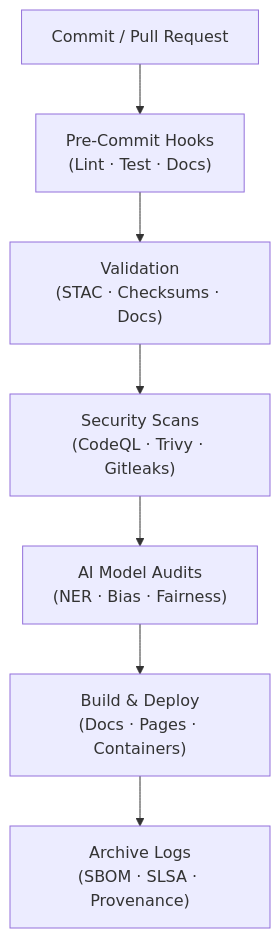
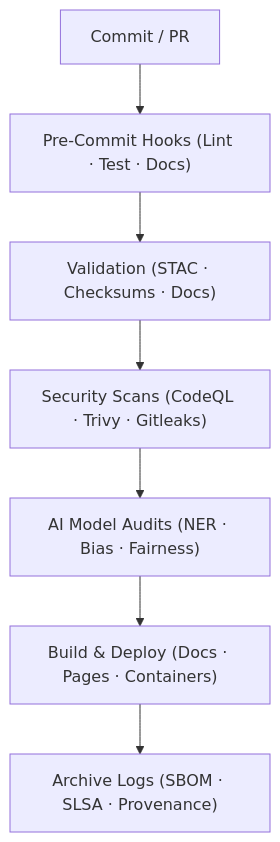
One commit to bartytime4life/Kansas-Frontier-Matrix changed the first of 3 diagrams in .github/README.md. Above: the diagram before and after it, drawn with Mermaid. The commit also changed other lines of this file, not shown here.

````diff
--- a/.github/README.md
+++ b/.github/README.md
@@ -85,9 +118,9 @@
 ```mermaid
 flowchart TD
-  A["Commit / Pull Request"] --> B["Pre-Commit Hooks<br/>(Lint · Test · Docs)"]
-  B --> C["Validation<br/>(STAC · Checksums · Docs)"]
-  C --> D["Security Scans<br/>(CodeQL · Trivy · Gitleaks)"]
-  D --> E["AI Model Audits<br/>(NER · Bias · Fairness)"]
-  E --> F["Build & Deploy<br/>(Docs · Pages · Containers)"]
-  F --> G["Archive Logs<br/>(SBOM · SLSA · Provenance)"]
+  A["Commit / PR"] --> B["Pre-Commit Hooks (Lint · Test · Docs)"]
+  B --> C["Validation (STAC · Checksums · Docs)"]
+  C --> D["Security Scans (CodeQL · Trivy · Gitleaks)"]
+  D --> E["AI Model Audits (NER · Bias · Fairness)"]
+  E --> F["Build & Deploy (Docs · Pages · Containers)"]
+  F --> G["Archive Logs (SBOM · SLSA · Provenance)"]
 ```
````
